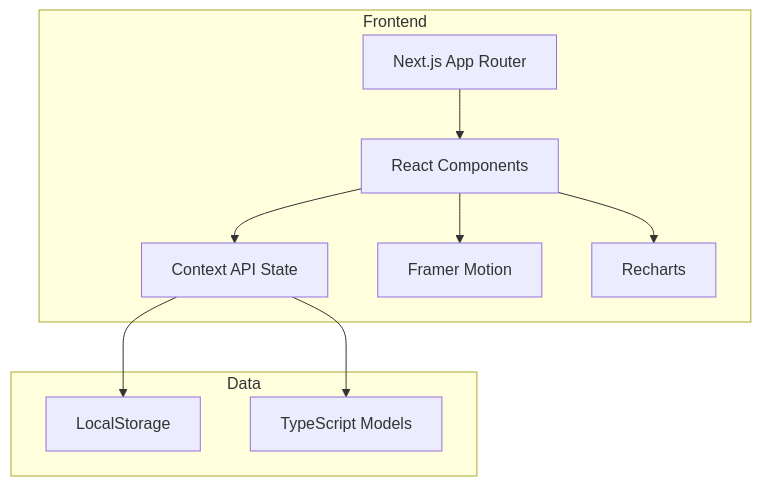
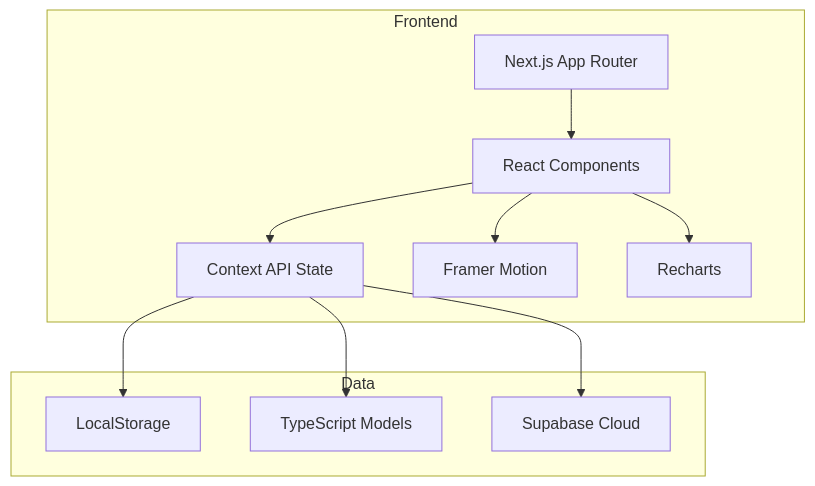
The first of 2 diagrams in growth-tracker-next/docs/arch.md (lybleo-del/growth-tracker-next), drawn with Mermaid before and after one commit. The commit also changed other lines of this file and 2 other files, not shown here.

````diff
--- a/growth-tracker-next/docs/arch.md
+++ b/growth-tracker-next/docs/arch.md
@@ -2,22 +2,24 @@
 ```mermaid
 graph TB
     subgraph Frontend
         A[Next.js App Router]
         B[React Components]
         C[Context API State]
         D[Framer Motion]
         E[Recharts]
     end
     
     subgraph Data
         F[LocalStorage]
         G[TypeScript Models]
+        H[Supabase Cloud]
     end
     
     A --> B
     B --> C
     C --> F
     B --> D
     B --> E
     C --> G
+    C --> H
 ```
````
